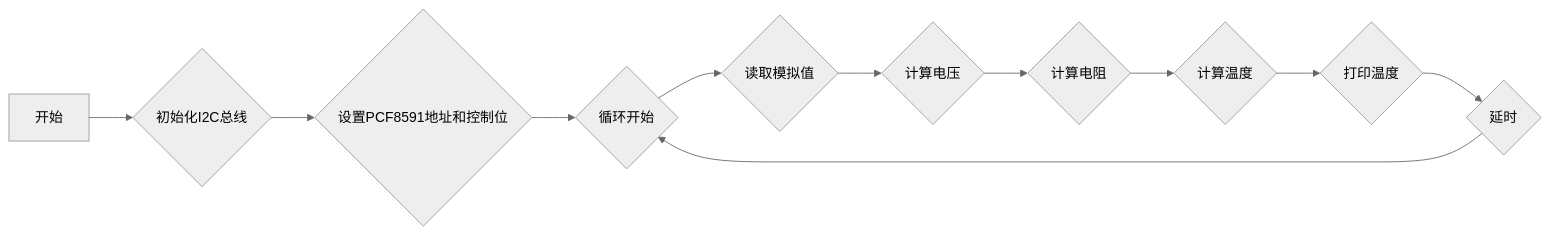
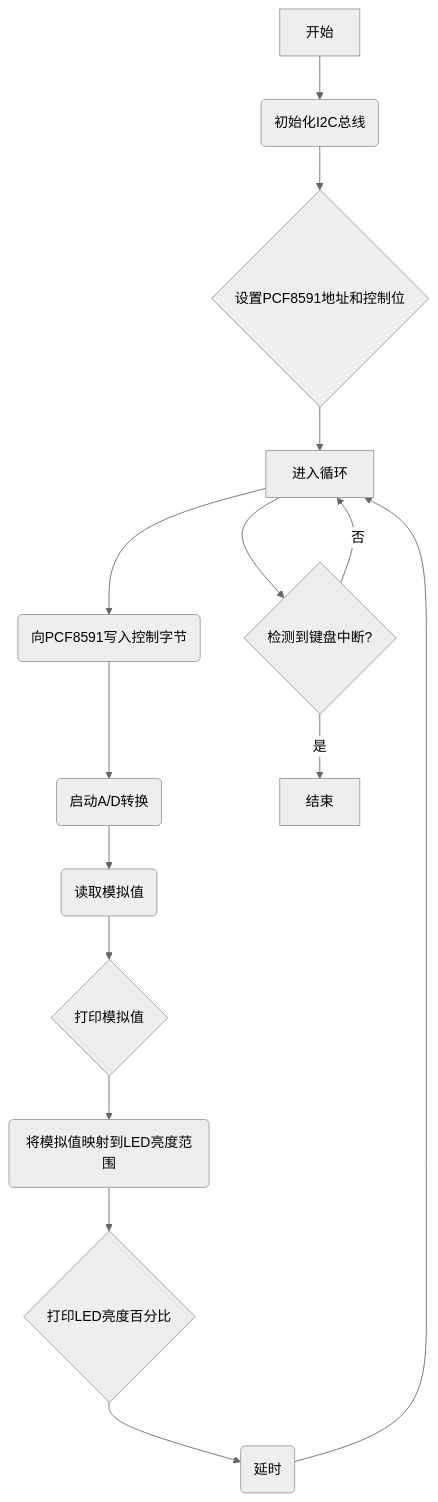
The diagram in docs/lab5.md (sergiudm/ee351-lab-reports), drawn with Mermaid (neutral theme) before and after one commit. The commit also changed 2 other files, not shown here.

Commit message:
Update deployment workflow and fix typos in documentation

````diff
--- a/docs/lab5.md
+++ b/docs/lab5.md
@@ -40,13 +40,17 @@
 ```mermaid
-graph LR
-    A[开始] --> B{初始化I2C总线}
-    B --> C{设置PCF8591地址和控制位}
-    C --> D{循环开始}
-    D --> E{读取模拟值}
-    E --> F{计算电压}
-    F --> G{计算电阻}
-    G --> H{计算温度}
-    H --> I{打印温度}
-    I --> J{延时}
-    J --> D
+graph TD
+    A[开始] --> B(初始化I2C总线);
+    B --> C{设置PCF8591地址和控制位};
+    C --> D[进入循环];
+    D --> E(向PCF8591写入控制字节);
+    E --> F(启动A/D转换);
+    F --> G(读取模拟值);
+    G --> H{打印模拟值};
+    H --> I(将模拟值映射到LED亮度范围);
+    I --> J{打印LED亮度百分比};
+    J --> K(延时);
+    K --> D;
+    D --> L{检测到键盘中断?};
+    L -- 是 --> M[结束];
+    L -- 否 --> D;
 ```
````
